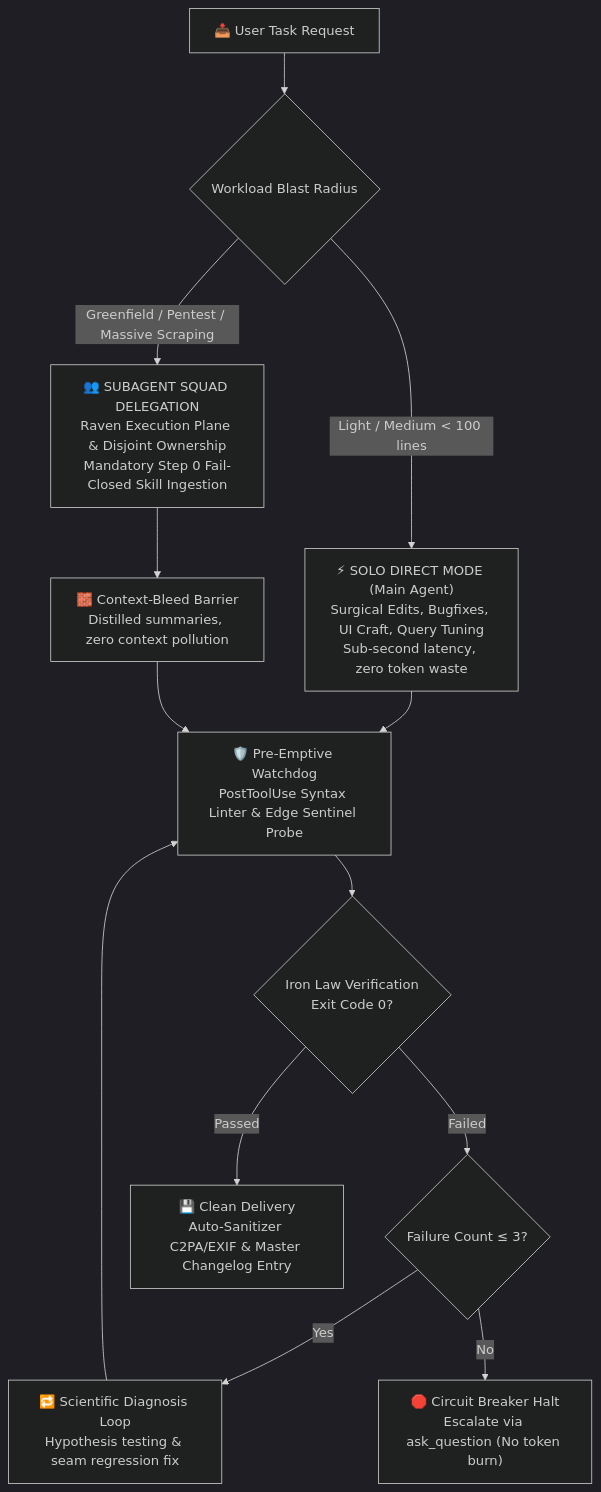
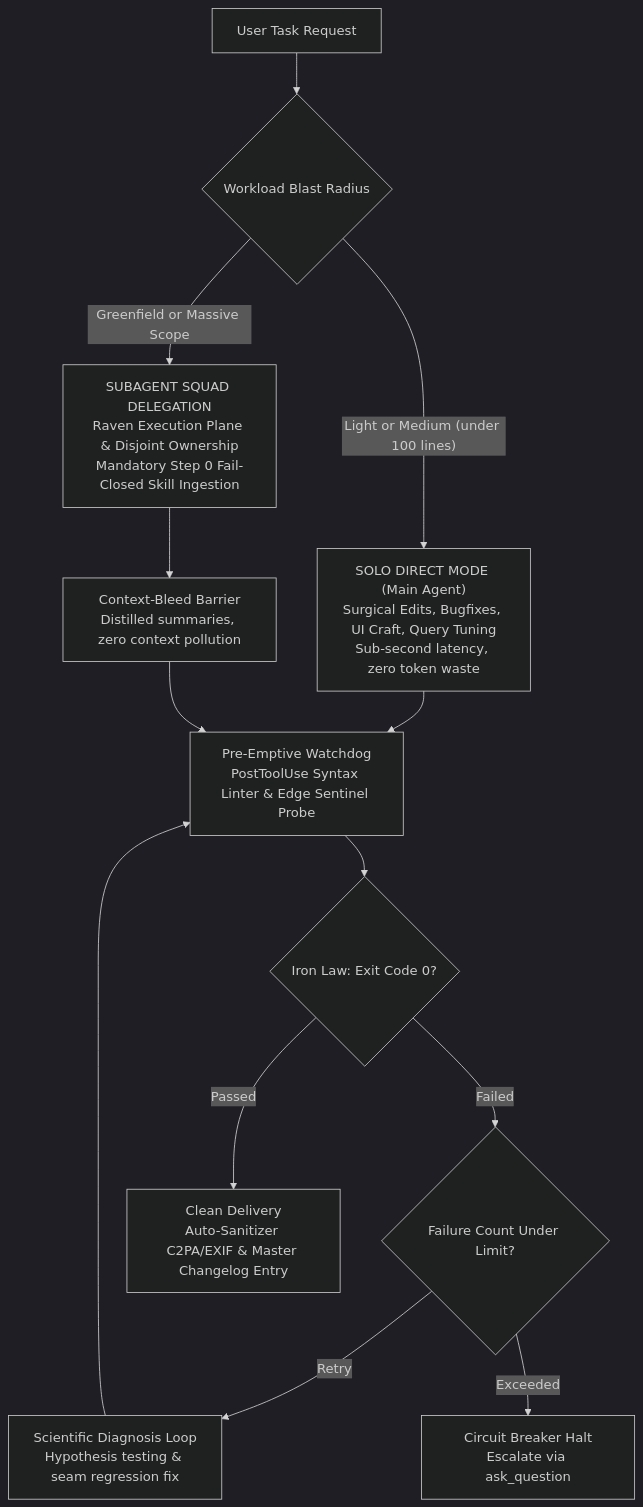
One commit to MasterPandaa/UltimateGravity changed the diagram in README.md. Above: the diagram before and after it, drawn with Mermaid (dark theme).

Commit message:
fix(docs): resolve Mermaid syntax error for GitHub rich display

````diff
--- a/README.md
+++ b/README.md
@@ -87,19 +87,19 @@
 ```mermaid
 flowchart TD
-    User["📥 User Task Request"] --> Gate{"Workload Blast Radius"}
+    User["User Task Request"] --> Gate{"Workload Blast Radius"}
     
-    Gate -->|Light / Medium < 100 lines| Solo["⚡ SOLO DIRECT MODE (Main Agent)<br/>Surgical Edits, Bugfixes, UI Craft, Query Tuning<br/>Sub-second latency, zero token waste"]
-    Gate -->|Greenfield / Pentest / Massive Scraping| Squad["👥 SUBAGENT SQUAD DELEGATION<br/>Raven Execution Plane & Disjoint Ownership<br/>Mandatory Step 0 Fail-Closed Skill Ingestion"]
+    Gate -->|"Light or Medium (under 100 lines)"| Solo["SOLO DIRECT MODE (Main Agent)<br/>Surgical Edits, Bugfixes, UI Craft, Query Tuning<br/>Sub-second latency, zero token waste"]
+    Gate -->|"Greenfield or Massive Scope"| Squad["SUBAGENT SQUAD DELEGATION<br/>Raven Execution Plane & Disjoint Ownership<br/>Mandatory Step 0 Fail-Closed Skill Ingestion"]
     
-    Solo --> Watchdog["🛡️ Pre-Emptive Watchdog<br/>PostToolUse Syntax Linter & Edge Sentinel Probe"]
-    Squad --> Barrier["🧱 Context-Bleed Barrier<br/>Distilled summaries, zero context pollution"]
+    Solo --> Watchdog["Pre-Emptive Watchdog<br/>PostToolUse Syntax Linter & Edge Sentinel Probe"]
+    Squad --> Barrier["Context-Bleed Barrier<br/>Distilled summaries, zero context pollution"]
     Barrier --> Watchdog
     
-    Watchdog --> Verify{"Iron Law Verification<br/>Exit Code 0?"}
-    Verify -->|Failed| CircuitBreaker{"Failure Count &le; 3?"}
-    CircuitBreaker -->|Yes| SelfHeal["🔁 Scientific Diagnosis Loop<br/>Hypothesis testing & seam regression fix"]
+    Watchdog --> Verify{"Iron Law: Exit Code 0?"}
+    Verify -->|"Failed"| CircuitBreaker{"Failure Count Under Limit?"}
+    CircuitBreaker -->|"Retry"| SelfHeal["Scientific Diagnosis Loop<br/>Hypothesis testing & seam regression fix"]
     SelfHeal --> Watchdog
-    CircuitBreaker -->|No| Escalate["🛑 Circuit Breaker Halt<br/>Escalate via ask_question (No token burn)"]
+    CircuitBreaker -->|"Exceeded"| Escalate["Circuit Breaker Halt<br/>Escalate via ask_question"]
     
-    Verify -->|Passed| Deliver["💾 Clean Delivery<br/>Auto-Sanitizer C2PA/EXIF & Master Changelog Entry"]
+    Verify -->|"Passed"| Deliver["Clean Delivery<br/>Auto-Sanitizer C2PA/EXIF & Master Changelog Entry"]
 ```
````
